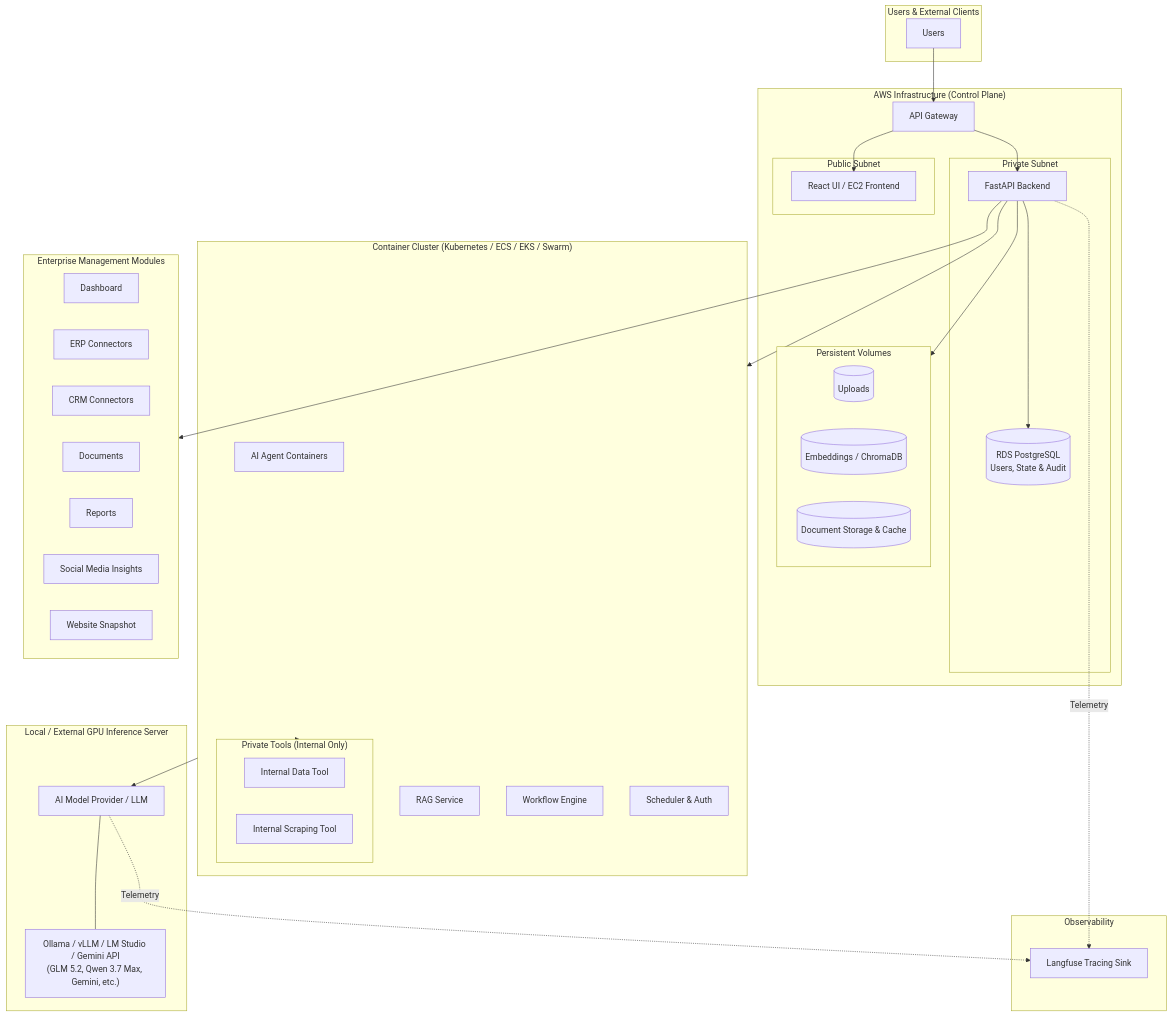
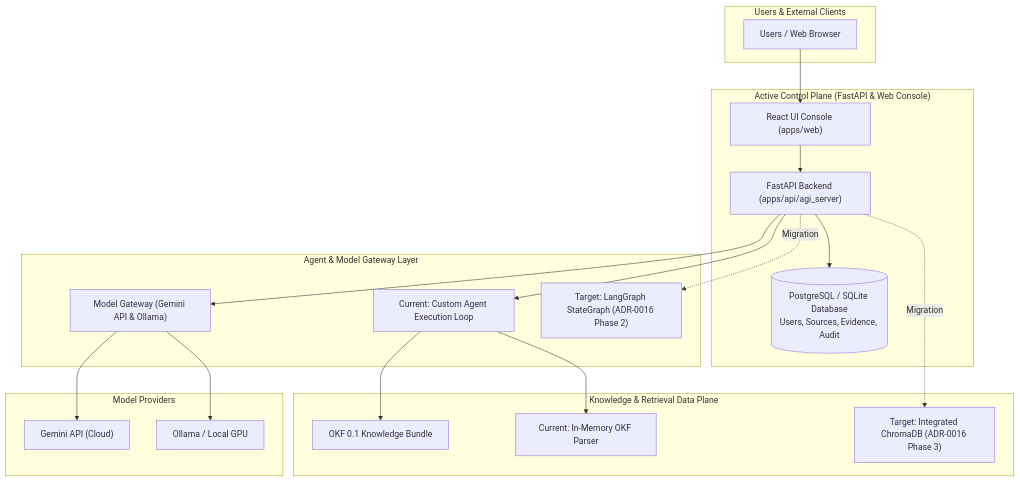
Before and after one commit to beratolmez/agenstfer-agi: the first of 2 diagrams in docs/SYSTEM_ARCHITECTURE.md, drawn with Mermaid. The commit also changed other lines of this file and 24 other files, not shown here.

Commit message:
feat(runtime): complete LangGraph migration phases 1-7 with ExecutionContext, capability allowlist, active OKF RAG, and approved MCP gateway

````diff
--- a/docs/SYSTEM_ARCHITECTURE.md
+++ b/docs/SYSTEM_ARCHITECTURE.md
@@ -24,69 +35,41 @@
 ```mermaid
 flowchart TB
     subgraph Users["Users & External Clients"]
-        U[Users]
+        U[Users / Web Browser]
     end
 
-    subgraph AWS["AWS Infrastructure (Control Plane)"]
-        GW[API Gateway]
-        
-        subgraph PrivateSubnet["Private Subnet"]
-            BE[FastAPI Backend]
-            RDS[(RDS PostgreSQL\nUsers, State & Audit)]
-        end
-
-        subgraph PublicSubnet["Public Subnet"]
-            FE[React UI / EC2 Frontend]
-        end
-
-        subgraph Storage["Persistent Volumes"]
-            V1[(Uploads)]
-            V2[(Embeddings / ChromaDB)]
-            V3[(Document Storage & Cache)]
-        end
+    subgraph ControlPlane["Active Control Plane (FastAPI & Web Console)"]
+        FE["React UI Console (apps/web)"]
+        BE["FastAPI Backend (apps/api/agi_server)"]
+        DB[(PostgreSQL / SQLite Database\nUsers, Sources, Evidence, Audit)]
     end
 
-    subgraph Cluster["Container Cluster (Kubernetes / ECS / EKS / Swarm)"]
-        AG[AI Agent Containers]
-        RAG[RAG Service]
-        WF[Workflow Engine]
-        SCH[Scheduler & Auth]
-        
-        subgraph PrivateTools["Private Tools (Internal Only)"]
-            PT1[Internal Data Tool]
-            PT2[Internal Scraping Tool]
-        end
+    subgraph Execution["Agent & Model Gateway Layer"]
+        MGW["Model Gateway (Gemini API & Ollama)"]
+        CRUN["Current: Custom Agent Execution Loop"]
+        TGRAPH["Target: LangGraph StateGraph (ADR-0016 Phase 2)"]
     end
 
-    subgraph GPUServer["Local / External GPU Inference Server"]
-        GPU[AI Model Provider / LLM]
-        MODELS["Ollama / vLLM / LM Studio / Gemini API\n(GLM 5.2, Qwen 3.7 Max, Gemini, etc.)"]
+    subgraph DataPlane["Knowledge & Retrieval Data Plane"]
+        OKF["OKF 0.1 Knowledge Bundle"]
+        INMEM["Current: In-Memory OKF Parser"]
+        CHROMA["Target: Integrated ChromaDB (ADR-0016 Phase 3)"]
     end
 
-    subgraph Management["Enterprise Management Modules"]
-        DASH[Dashboard]
-        ERP[ERP Connectors]
-        CRM[CRM Connectors]
-        DOCS[Documents]
-        REP[Reports]
-        SOC[Social Media Insights]
-        WEB[Website Snapshot]
+    subgraph External["Model Providers"]
+        GEMINI["Gemini API (Cloud)"]
+        GPU["Ollama / Local GPU"]
     end
 
-    subgraph Observability["Observability"]
-        LANGFUSE[Langfuse Tracing Sink]
-    end
-
-    U --> GW
-    GW --> FE
-    GW --> BE
-    BE --> RDS
-    BE --> Storage
-    BE --> Cluster
-    Cluster --> PrivateTools
-    Cluster --> GPU
-    GPU --- MODELS
-    BE --> Management
-    BE -. Telemetry .-> LANGFUSE
-    GPU -. Telemetry .-> LANGFUSE
+    U --> FE
+    FE --> BE
+    BE --> DB
+    BE --> MGW
+    BE --> CRUN
+    BE -. Migration .-> TGRAPH
+    CRUN --> OKF
+    CRUN --> INMEM
+    BE -. Migration .-> CHROMA
+    MGW --> GEMINI
+    MGW --> GPU
 ```
````
